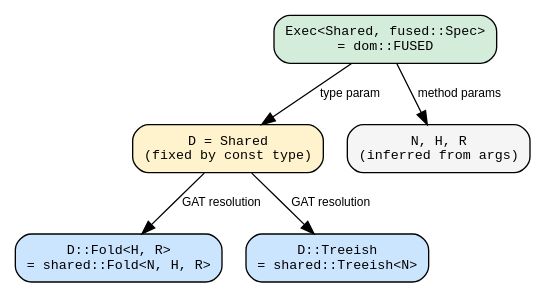
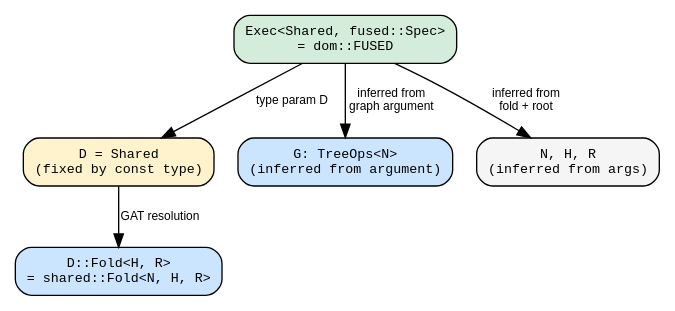
The first of 2 diagrams in book/src/executor-design/domain_integration.md (hylic-recursion/hylic-docs), drawn with Graphviz before and after one commit. The commit also changed other lines of this file and 16 other files, not shown here.

````diff
--- a/book/src/executor-design/domain_integration.md
+++ b/book/src/executor-design/domain_integration.md
@@ -35,18 +47,18 @@
 ```dot process
 digraph {
   rankdir=TB;
   node [shape=box, fontname="monospace", fontsize=10, style="rounded,filled"];
   edge [fontname="sans-serif", fontsize=9];
 
   exec [label="Exec<Shared, fused::Spec>\n= dom::FUSED", fillcolor="#d4edda"];
   domain [label="D = Shared\n(fixed by const type)", fillcolor="#fff3cd"];
   fold [label="D::Fold<H, R>\n= shared::Fold<N, H, R>", fillcolor="#cce5ff"];
-  tree [label="D::Treeish\n= shared::Treeish<N>", fillcolor="#cce5ff"];
+  gtype [label="G: TreeOps<N>\n(inferred from argument)", fillcolor="#cce5ff"];
   nhr [label="N, H, R\n(inferred from args)", fillcolor="#f5f5f5"];
 
-  exec -> domain [label="type param"];
+  exec -> domain [label="type param D"];
   domain -> fold [label="GAT resolution"];
-  domain -> tree [label="GAT resolution"];
-  exec -> nhr [label="method params"];
+  exec -> gtype [label="inferred from\ngraph argument"];
+  exec -> nhr [label="inferred from\nfold + root"];
 }
 ```
````
